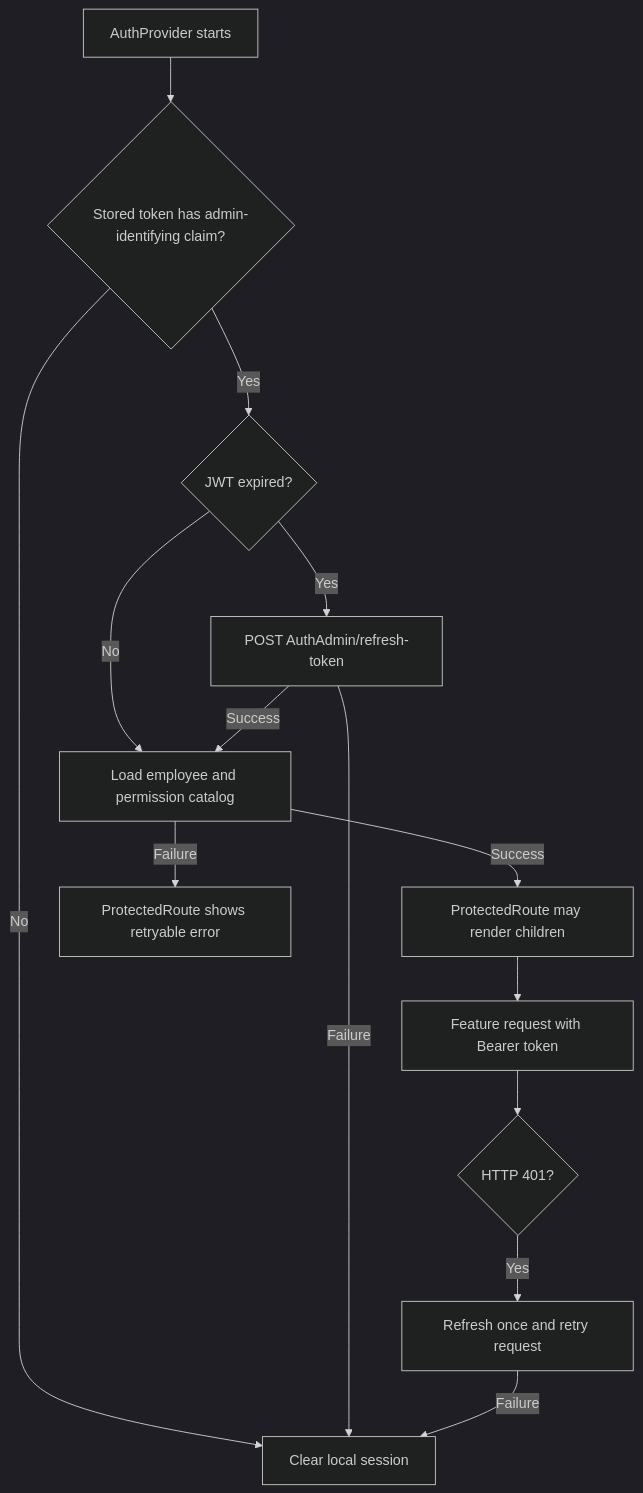
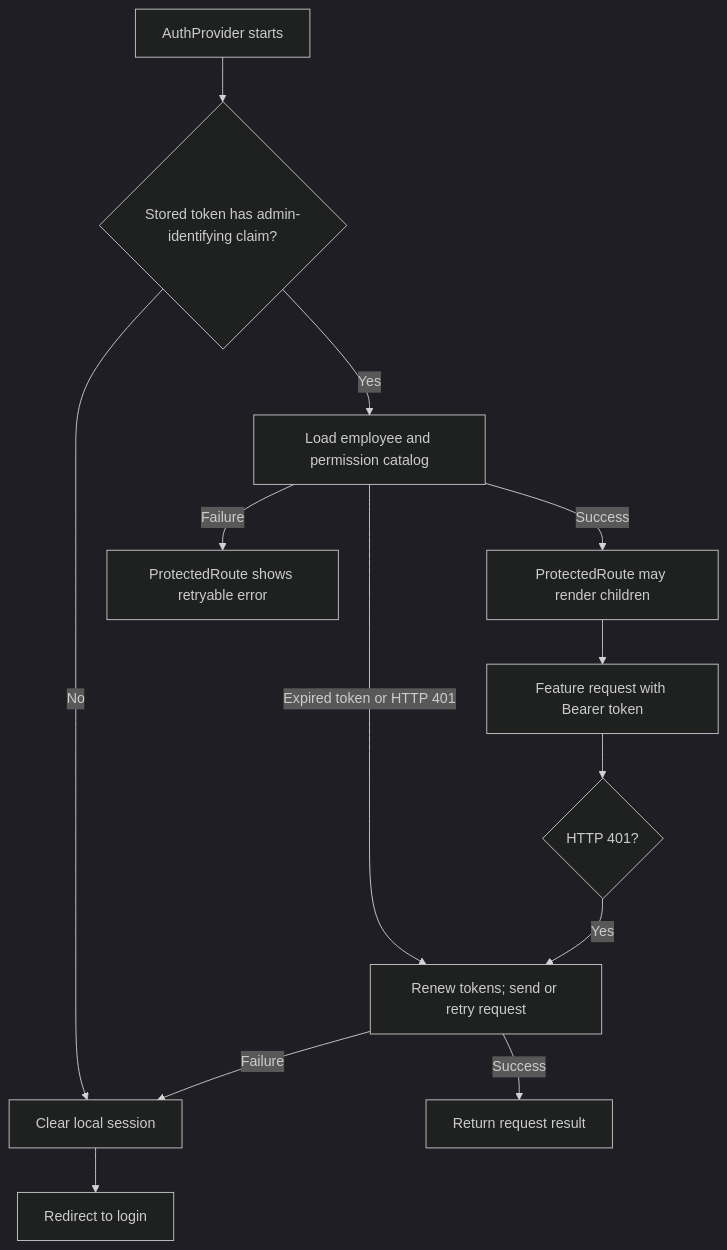
The diagram in docs/authentication-and-permissions.md (Mahmoud1937/Admn-dashboard), drawn with Mermaid (dark theme) before and after one commit. The commit also changed other lines of this file and 29 other files, not shown here.

````diff
--- a/docs/authentication-and-permissions.md
+++ b/docs/authentication-and-permissions.md
@@ -17,16 +17,15 @@
 ```mermaid
 flowchart TD
   Start["AuthProvider starts"] --> Stored{"Stored token has admin-identifying claim?"}
   Stored -- No --> Clear["Clear local session"]
-  Stored -- Yes --> Expired{"JWT expired?"}
-  Expired -- Yes --> Refresh["POST AuthAdmin/refresh-token"]
-  Expired -- No --> Permissions["Load employee and permission catalog"]
-  Refresh -- Success --> Permissions
-  Refresh -- Failure --> Clear
+  Stored -- Yes --> Permissions["Load employee and permission catalog"]
   Permissions -- Success --> Route["ProtectedRoute may render children"]
   Permissions -- Failure --> Retry["ProtectedRoute shows retryable error"]
+  Permissions -- Expired token or HTTP 401 --> Renew["Renew tokens; send or retry request"]
   Route --> Request["Feature request with Bearer token"]
   Request --> Unauthorized{"HTTP 401?"}
-  Unauthorized -- Yes --> RefreshRetry["Refresh once and retry request"]
-  RefreshRetry -- Failure --> Clear
+  Unauthorized -- Yes --> Renew
+  Renew -- Success --> Result["Return request result"]
+  Renew -- Failure --> Clear
+  Clear --> Login["Redirect to login"]
 ```
````
